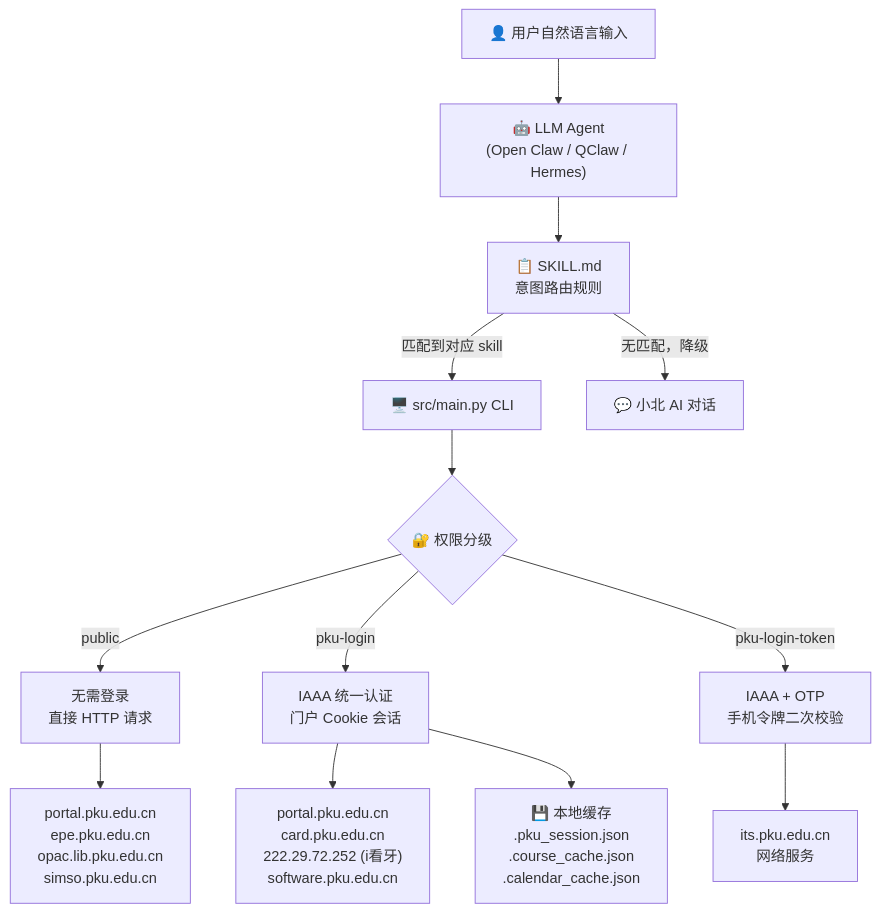
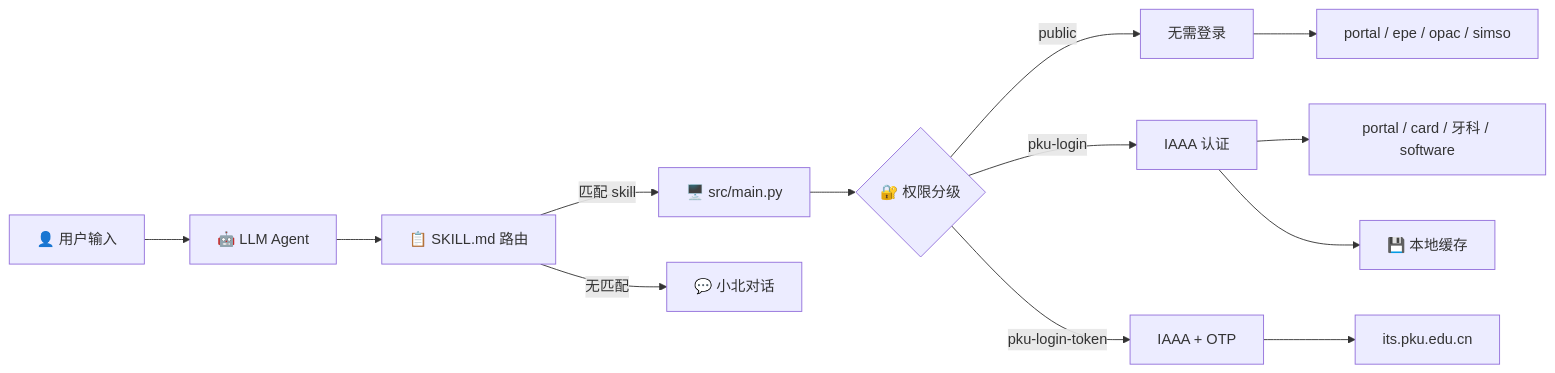
Before and after one commit to zizhizhou/pku_skills: the first of 3 diagrams in README.md, drawn with Mermaid. The commit also changed other lines of this file, not shown here.

Commit message:
docs: use graph LR for mermaid diagrams, better cross-platform rendering

````diff
--- a/README.md
+++ b/README.md
@@ -88,19 +88,18 @@
 ```mermaid
-graph TB
-    User["👤 用户自然语言输入"] --> Agent["🤖 LLM Agent\n(Open Claw / QClaw / Hermes)"]
-    Agent --> SKILL["📋 SKILL.md\n意图路由规则"]
+graph LR
+    User["👤 用户输入"] --> Agent["🤖 LLM Agent"]
+    Agent --> SKILL["📋 SKILL.md 路由"]
 
-    SKILL --> |"匹配到对应 skill"| CLI["🖥️ src/main.py CLI"]
-    SKILL --> |"无匹配，降级"| Xiaobei["💬 小北 AI 对话"]
+    SKILL --> |"匹配 skill"| CLI["🖥️ src/main.py"]
+    SKILL --> |"无匹配"| Xiaobei["💬 小北对话"]
 
     CLI --> Auth{"🔐 权限分级"}
-    Auth --> |"public"| Public["无需登录\n直接 HTTP 请求"]
-    Auth --> |"pku-login"| Session["IAAA 统一认证\n门户 Cookie 会话"]
-    Auth --> |"pku-login-token"| OTP["IAAA + OTP\n手机令牌二次校验"]
+    Auth --> |"public"| Public["无需登录"]
+    Auth --> |"pku-login"| Session["IAAA 认证"]
+    Auth --> |"pku-login-token"| OTP["IAAA + OTP"]
 
-    Public --> PKUPublic["portal.pku.edu.cn\nepe.pku.edu.cn\nopac.lib.pku.edu.cn\nsimso.pku.edu.cn"]
-    Session --> PKUPortal["portal.pku.edu.cn\ncard.pku.edu.cn\n222.29.72.252 (i看牙)\nsoftware.pku.edu.cn"]
-    OTP --> PKUNet["its.pku.edu.cn\n网络服务"]
-
-    Session --> Cache["💾 本地缓存\n.pku_session.json\n.course_cache.json\n.calendar_cache.json"]
+    Public --> PKUPublic["portal / epe / opac / simso"]
+    Session --> PKUPortal["portal / card / 牙科 / software"]
+    OTP --> PKUNet["its.pku.edu.cn"]
+    Session --> Cache["💾 本地缓存"]
 ```
````
